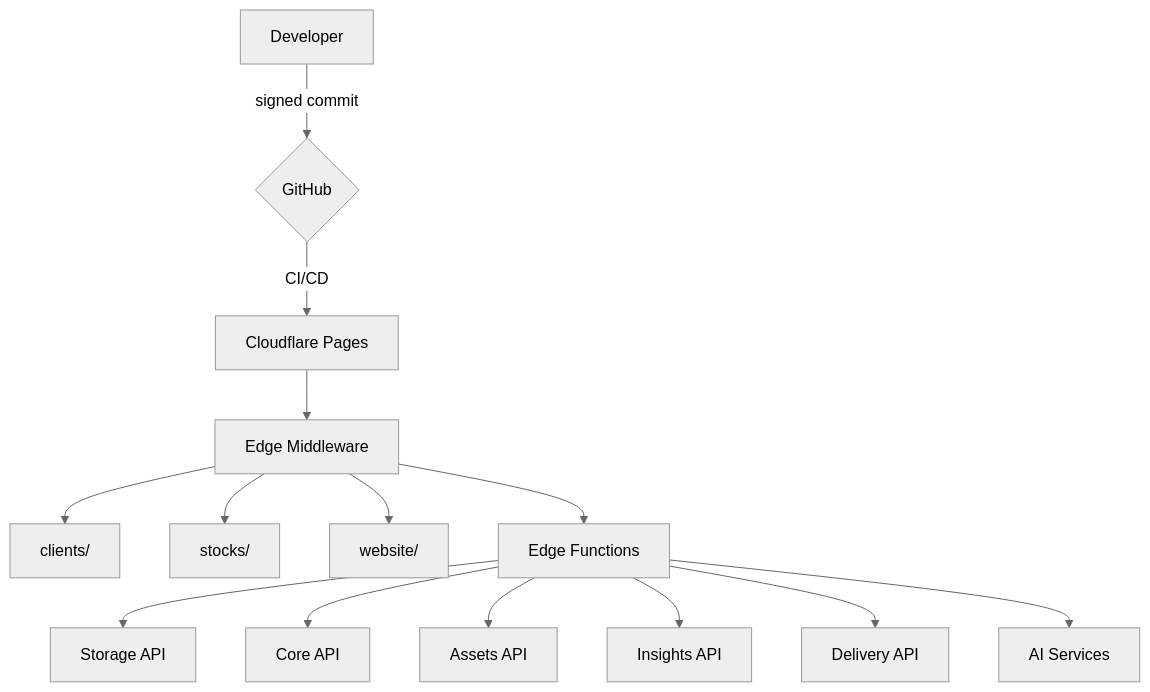
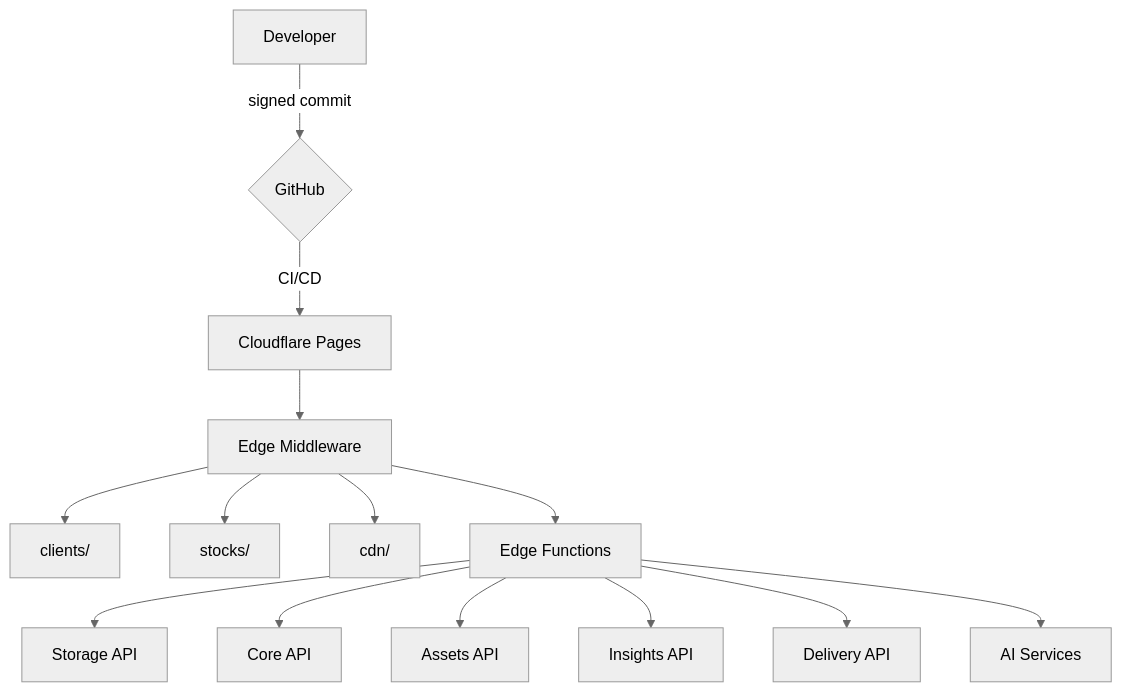
Before and after one commit to sebastienrousseau/kura.pro: the diagram in README.md, drawn with Mermaid (neutral theme). The commit also changed other lines of this file and 313 other files, not shown here.

First line of the commit message:
refactor: rename website/ to cdn/, move English into cdn/en/

````diff
--- a/README.md
+++ b/README.md
@@ -32,16 +32,16 @@
 ```mermaid
 graph TD
     A[Developer] -->|signed commit| B{GitHub}
     B -->|CI/CD| C[Cloudflare Pages]
     C --> D[Edge Middleware]
     D --> E[clients/]
     D --> F[stocks/]
-    D --> G[website/]
+    D --> G[cdn/]
     D --> H[Edge Functions]
     H --> I[Storage API]
     H --> J[Core API]
     H --> K[Assets API]
     H --> L[Insights API]
     H --> M[Delivery API]
     H --> N[AI Services]
 ```
````
